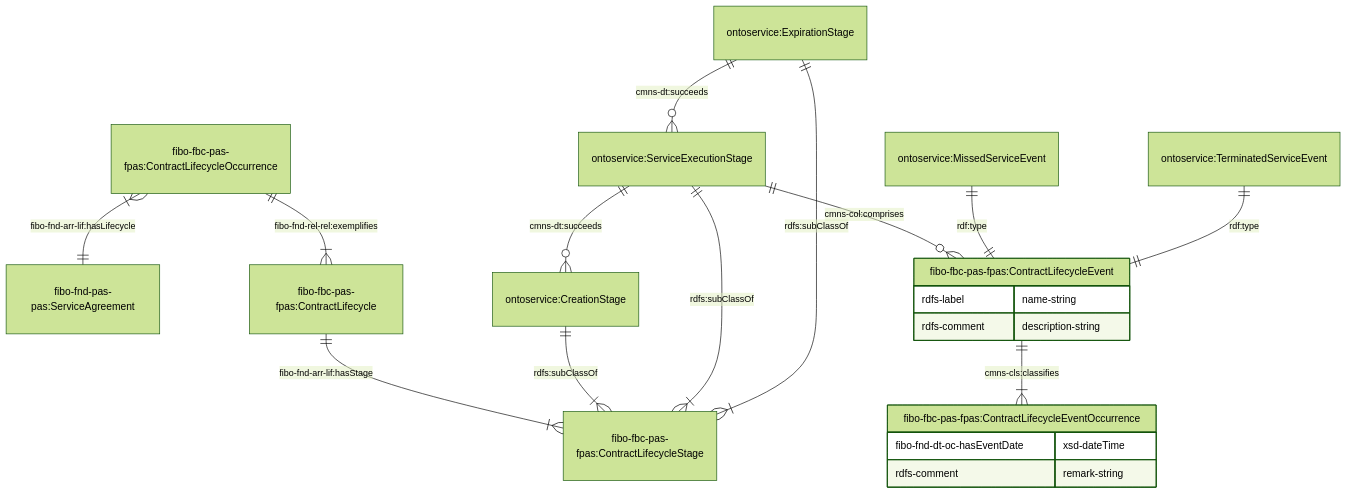
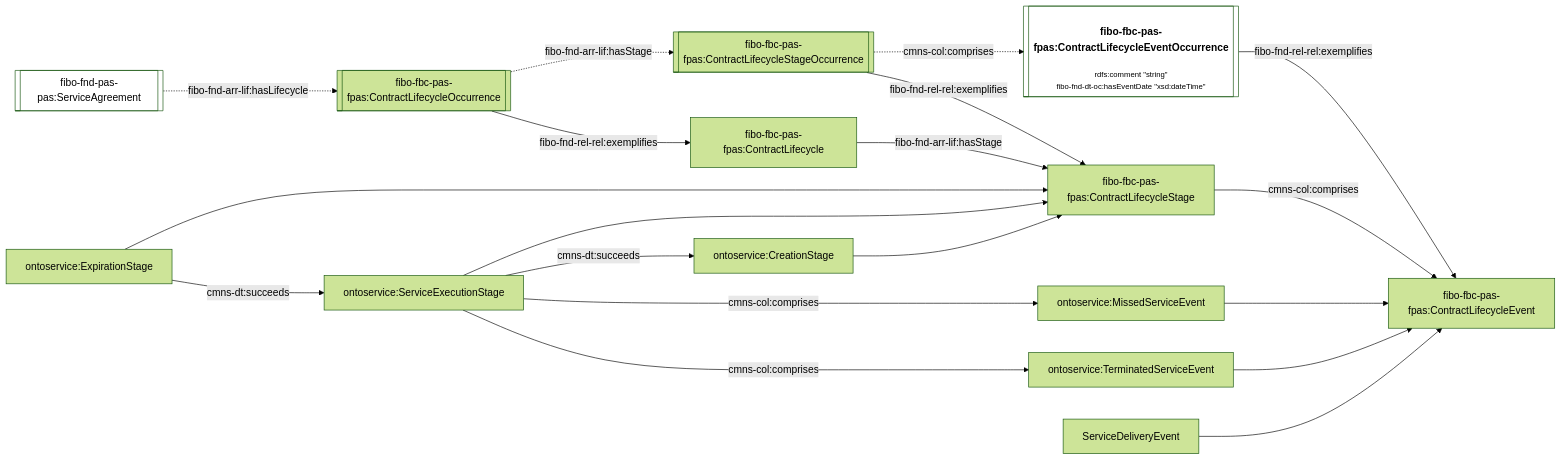
One commit to cambridge-cares/TheWorldAvatar changed the sixth of 13 diagrams in JPS_Ontology/ontology/ontowastemanagement/README.md. Above: the diagram before and after it, drawn with Mermaid (forest theme). The commit also changed other lines of this file and 1 other file, not shown here.

Commit message:
dev-service-execution-ontology-extension: update to flowchart diagram in ontoservice and ontowastemanagement

````diff
--- a/JPS_Ontology/ontology/ontowastemanagement/README.md
+++ b/JPS_Ontology/ontology/ontowastemanagement/README.md
@@ -210,24 +223,30 @@
 ```mermaid
-    erDiagram
-    "fibo-fbc-pas-fpas:ContractLifecycleOccurrence" }|--|| "fibo-fnd-pas-pas:ServiceAgreement" : "fibo-fnd-arr-lif:hasLifecycle"
-    "fibo-fbc-pas-fpas:ContractLifecycleOccurrence" ||--|{ "fibo-fbc-pas-fpas:ContractLifecycle" : "fibo-fnd-rel-rel:exemplifies"    "fibo-fbc-pas-fpas:ContractLifecycle" ||--|{ "fibo-fbc-pas-fpas:ContractLifecycleStage" : "fibo-fnd-arr-lif:hasStage"
-    "ontoservice:CreationStage" ||--|{ "fibo-fbc-pas-fpas:ContractLifecycleStage" : "rdfs:subClassOf"
-    "ontoservice:ServiceExecutionStage" ||--|{ "fibo-fbc-pas-fpas:ContractLifecycleStage" : "rdfs:subClassOf"
-    "ontoservice:ExpirationStage" ||--|{ "fibo-fbc-pas-fpas:ContractLifecycleStage" : "rdfs:subClassOf"
-    "ontoservice:ServiceExecutionStage" ||--o{ "ontoservice:CreationStage" : "cmns-dt:succeeds"
-    "ontoservice:ExpirationStage" ||--o{ "ontoservice:ServiceExecutionStage" : "cmns-dt:succeeds"
+flowchart LR
+    %% Styling
+    classDef literal fill:none
+    classDef node overflow-wrap:break-word,text-wrap:pretty
+    linkStyle default overflow-wrap:break-word,text-wrap:pretty;
 
-    "ontoservice:ServiceExecutionStage" ||--o{ "fibo-fbc-pas-fpas:ContractLifecycleEvent" : "cmns-col:comprises"
-    "fibo-fbc-pas-fpas:ContractLifecycleEvent" {
-        rdfs-label name-string
-        rdfs-comment description-string
-    }
-    "ontoservice:MissedServiceEvent" ||--|| "fibo-fbc-pas-fpas:ContractLifecycleEvent" : "rdf:type"
-    "ontoservice:TerminatedServiceEvent" ||--|| "fibo-fbc-pas-fpas:ContractLifecycleEvent" : "rdf:type"
+    %% Contents
+    Agreement[[fibo-fnd-pas-pas:ServiceAgreement]]:::literal -. fibo-fnd-arr-lif:hasLifecycle .-> LifecycleOccurrence[[fibo-fbc-pas-fpas:ContractLifecycleOccurrence]]
+    LifecycleOccurrence -. fibo-fnd-arr-lif:hasStage .-> StageOccurrence[[fibo-fbc-pas-fpas:ContractLifecycleStageOccurrence]]
+    StageOccurrence -. cmns-col:comprises .-> EventOccurrence[["<h4>fibo-fbc-pas-fpas:ContractLifecycleEventOccurrence</h4><p style='font-size:0.75rem;'>rdfs:comment &quot;string&quot;<br>fibo-fnd-dt-oc:hasEventDate &quot;xsd:dateTime&quot;</p>"]]:::literal
 
-    "fibo-fbc-pas-fpas:ContractLifecycleEvent" ||--|{ "fibo-fbc-pas-fpas:ContractLifecycleEventOccurrence" : "cmns-cls:classifies"
-    "fibo-fbc-pas-fpas:ContractLifecycleEventOccurrence" {
-        fibo-fnd-dt-oc-hasEventDate xsd-dateTime
-        rdfs-comment remark-string
-    }
+    LifecycleOccurrence -- fibo-fnd-rel-rel:exemplifies --> Lifecycle[fibo-fbc-pas-fpas:ContractLifecycle]
+    StageOccurrence -- fibo-fnd-rel-rel:exemplifies --> Stage[fibo-fbc-pas-fpas:ContractLifecycleStage]
+    EventOccurrence -- fibo-fnd-rel-rel:exemplifies --> Event[fibo-fbc-pas-fpas:ContractLifecycleEvent]
+    Lifecycle[fibo-fbc-pas-fpas:ContractLifecycle] -- fibo-fnd-arr-lif:hasStage --> Stage
+    Stage -- cmns-col:comprises --> Event
+
+    CreationStage[ontoservice:CreationStage] --> Stage
+    ServiceExecutionStage[ontoservice:ServiceExecutionStage] --> Stage
+    ExpirationStage[ontoservice:ExpirationStage] --> Stage
+    ServiceExecutionStage -- cmns-dt:succeeds --> CreationStage
+    ExpirationStage -- cmns-dt:succeeds --> ServiceExecutionStage
+
+    ServiceExecutionStage -- cmns-col:comprises --> MissedServiceEvent[ontoservice:MissedServiceEvent]
+    ServiceExecutionStage -- cmns-col:comprises --> TerminatedServiceEvent[ontoservice:TerminatedServiceEvent]
+    ServiceDeliveryEvent --> Event
+    MissedServiceEvent --> Event
+    TerminatedServiceEvent --> Event
 ```
````
